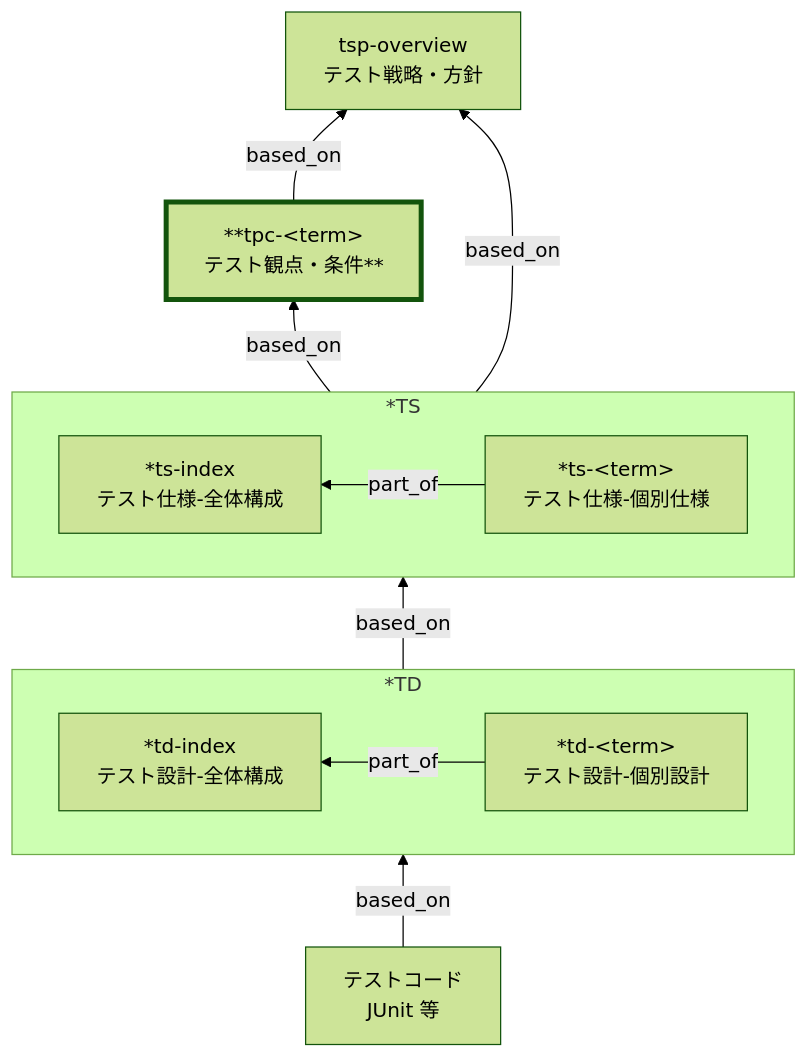
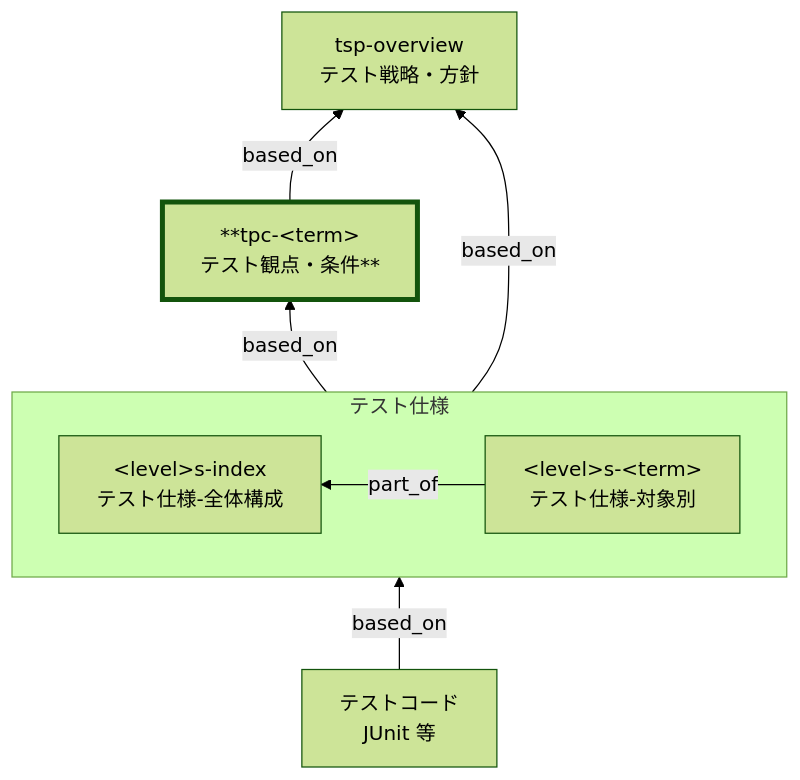
The diagram in docs/ja/handbook/rules/tpc-rules.md (specdojo/spec-dojo-handbook), drawn with Mermaid (forest theme) before and after one commit. The commit also changed other lines of this file and 1 other file, not shown here.

Commit message:
docs(update): スコープ定義の変更をtsp, tpc-rulesに反映

````diff
--- a/docs/ja/handbook/rules/tpc-rules.md
+++ b/docs/ja/handbook/rules/tpc-rules.md
@@ -50,30 +49,22 @@
 ```mermaid
 flowchart BT
   TSP["tsp-overview<br>テスト戦略・方針"]
   TPC["**tpc-&lt;term&gt;<br>テスト観点・条件**"]
 
-  subgraph xTS[*TS]
+  subgraph LS["テスト仕様"]
   direction RL
-    xTSIndex["*ts-index<br>テスト仕様-全体構成"]
-    xTSDetail["*ts-&lt;term&gt;<br>テスト仕様-個別仕様"]
-    xTSDetail -->|part_of| xTSIndex
-  end
-
-  subgraph xTD[*TD]
-  direction RL
-    xTDIndex["*td-index<br>テスト設計-全体構成"]
-    xTDDetail["*td-&lt;term&gt;<br>テスト設計-個別設計"]
-    xTDDetail -->|part_of| xTDIndex
+    LSIndex["&lt;level&gt;s-index<br>テスト仕様-全体構成"]
+    LSDetail["&lt;level&gt;s-&lt;term&gt;<br>テスト仕様-対象別"]
+    LSDetail -->|part_of| LSIndex
   end
 
   TC["テストコード<br>JUnit 等"]
 
   TPC -->|based_on| TSP
-  xTS -->|based_on| TSP
-  xTS -->|based_on| TPC
-  xTD -->|based_on| xTS
-  TC -->|based_on| xTD
+  LS -->|based_on| TSP
+  LS -->|based_on| TPC
+  TC -->|based_on| LS
 
   classDef target stroke-width:4px
   class TPC target
 ```
````
